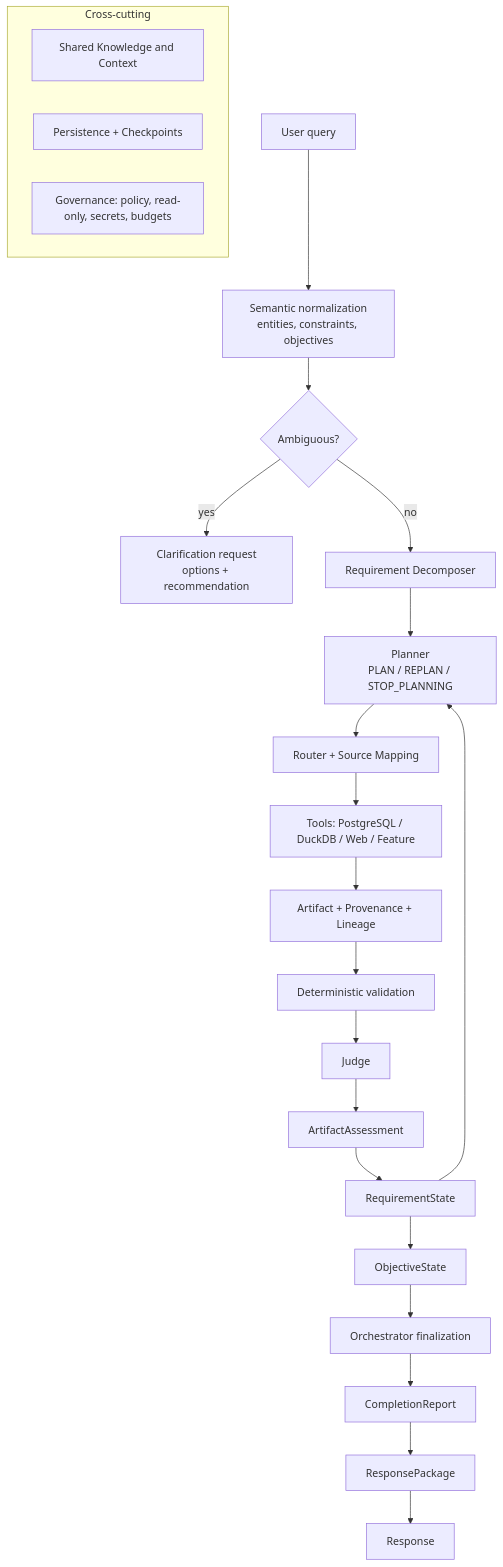
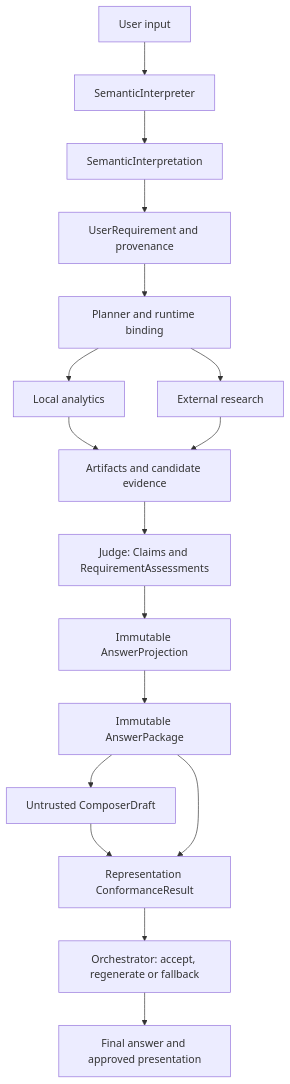
The diagram in README.md (CityuHK-wyj/baseball_agent), drawn with Mermaid before and after one commit. The commit also changed other lines of this file and 727 other files, not shown here.

Commit message:
Publish reviewed Architecture Baseline v1 source snapshot

````diff
--- a/README.md
+++ b/README.md
@@ -94,26 +38,19 @@
 ```mermaid
 flowchart TD
-    U[User query] --> S[Semantic normalization<br/>entities, constraints, objectives]
-    S --> C{Ambiguous?}
-    C -- yes --> CL[Clarification request<br/>options + recommendation]
-    C -- no --> RD[Requirement Decomposer]
-    RD --> P[Planner<br/>PLAN / REPLAN / STOP_PLANNING]
-    P --> R[Router + Source Mapping]
-    R --> T[Tools: PostgreSQL / DuckDB / Web / Feature]
-    T --> A[Artifact + Provenance + Lineage]
-    A --> V[Deterministic validation]
-    V --> J[Judge]
-    J --> AA[ArtifactAssessment]
-    AA --> RS[RequirementState]
-    RS --> OS[ObjectiveState]
-    RS --> P
-    OS --> O[Orchestrator finalization]
-    O --> CR[CompletionReport]
-    CR --> RP[ResponsePackage]
-    RP --> RESP[Response]
-    subgraph Cross-cutting
-      SK[Shared Knowledge and Context]
-      PS[Persistence + Checkpoints]
-      GV[Governance: policy, read-only, secrets, budgets]
-    end
+    U[User input] --> S[SemanticInterpreter]
+    S --> I[SemanticInterpretation]
+    I --> R[UserRequirement and provenance]
+    R --> P[Planner and runtime binding]
+    P --> L[Local analytics]
+    P --> W[External research]
+    L --> A[Artifacts and candidate evidence]
+    W --> A
+    A --> J[Judge: Claims and RequirementAssessments]
+    J --> G[Immutable AnswerProjection]
+    G --> K[Immutable AnswerPackage]
+    K --> D[Untrusted ComposerDraft]
+    D --> C[Representation ConformanceResult]
+    K --> C
+    C --> O[Orchestrator: accept, regenerate or fallback]
+    O --> F[Final answer and approved presentation]
 ```
````
